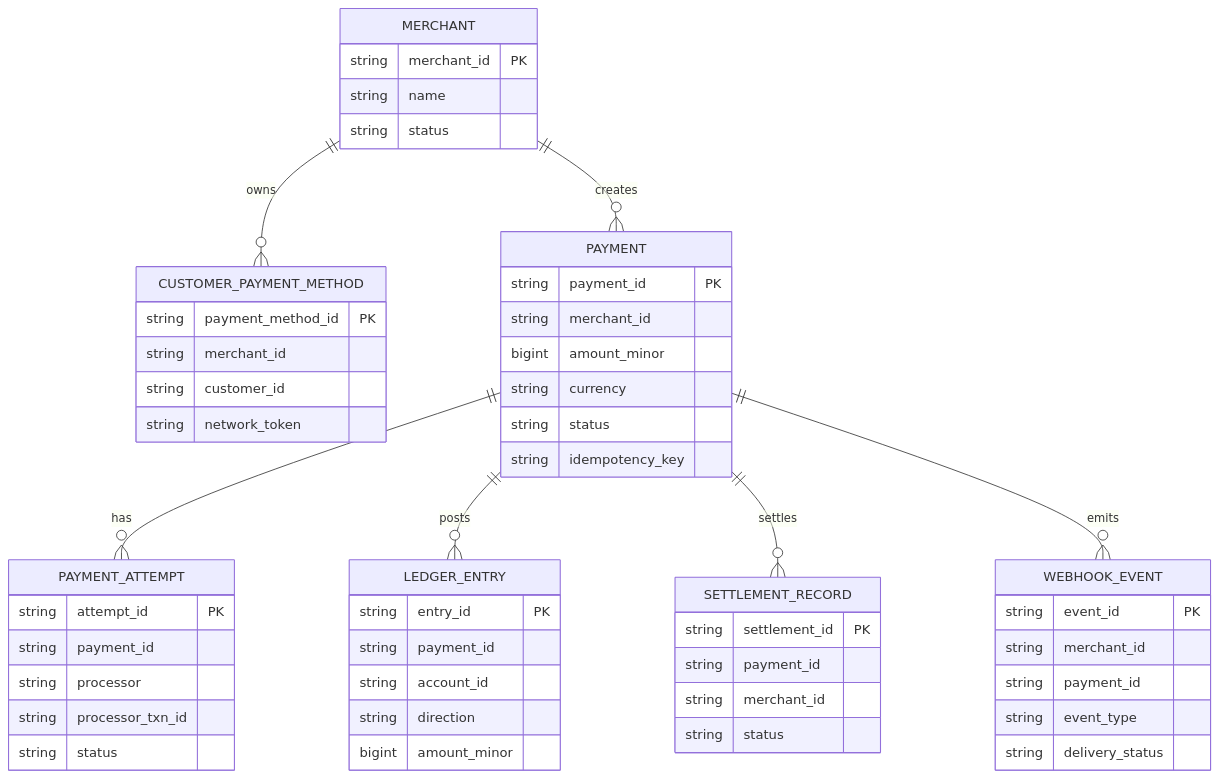
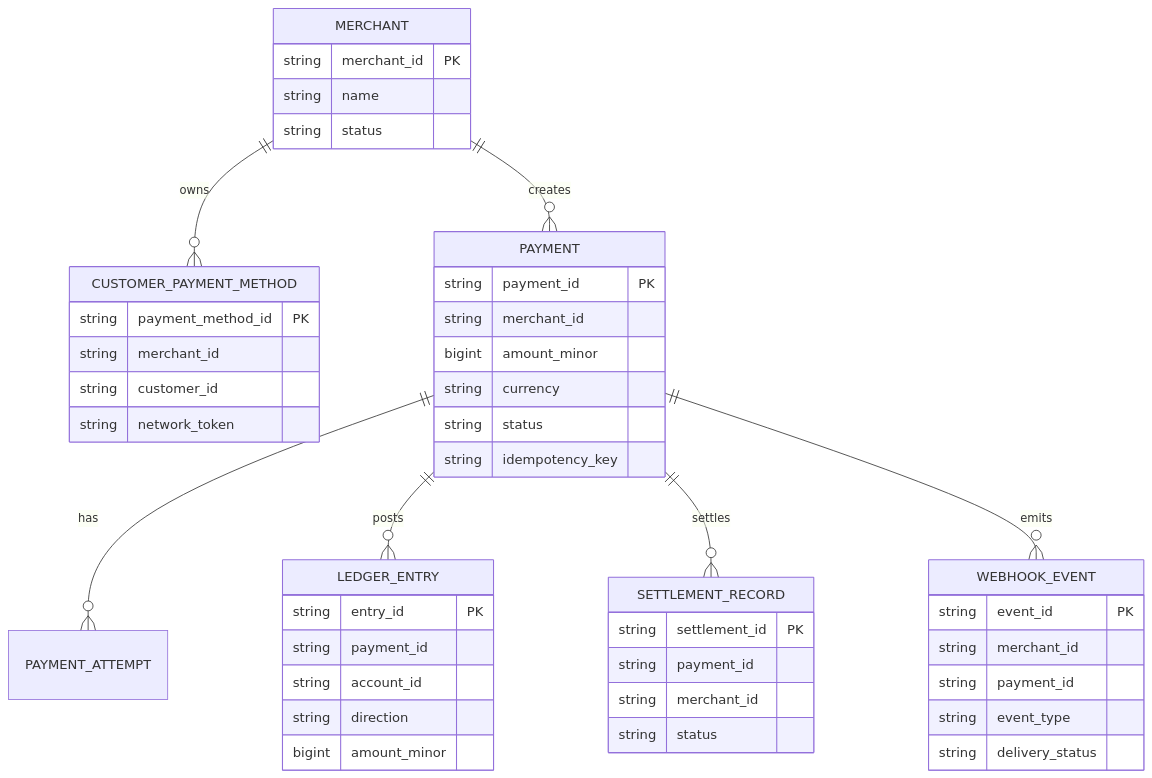
One commit to Tikam321/system-design changed the first of 5 diagrams in payment system.md. Above: the diagram before and after it, drawn with Mermaid. The commit also changed other lines of this file, not shown here.

Commit message:
Update payment system.md

````diff
--- a/payment system.md
+++ b/payment system.md
@@ -180,62 +167,53 @@
 ```mermaid
 erDiagram
   MERCHANT ||--o{ CUSTOMER_PAYMENT_METHOD : "owns"
   MERCHANT ||--o{ PAYMENT : "creates"
   PAYMENT ||--o{ PAYMENT_ATTEMPT : "has"
   PAYMENT ||--o{ LEDGER_ENTRY : "posts"
   PAYMENT ||--o{ SETTLEMENT_RECORD : "settles"
   PAYMENT ||--o{ WEBHOOK_EVENT : "emits"
 
   MERCHANT {
     string merchant_id PK
     string name
     string status
   }
 
   CUSTOMER_PAYMENT_METHOD {
     string payment_method_id PK
     string merchant_id
     string customer_id
     string network_token
   }
 
   PAYMENT {
     string payment_id PK
     string merchant_id
     bigint amount_minor
     string currency
     string status
     string idempotency_key
   }
-
-  PAYMENT_ATTEMPT {
-    string attempt_id PK
-    string payment_id
-    string processor
-    string processor_txn_id
-    string status
-  }
-
   LEDGER_ENTRY {
     string entry_id PK
     string payment_id
     string account_id
     string direction
     bigint amount_minor
   }
 
   SETTLEMENT_RECORD {
     string settlement_id PK
     string payment_id
     string merchant_id
     string status
   }
 
   WEBHOOK_EVENT {
     string event_id PK
     string merchant_id
     string payment_id
     string event_type
     string delivery_status
   }
 ```
````
